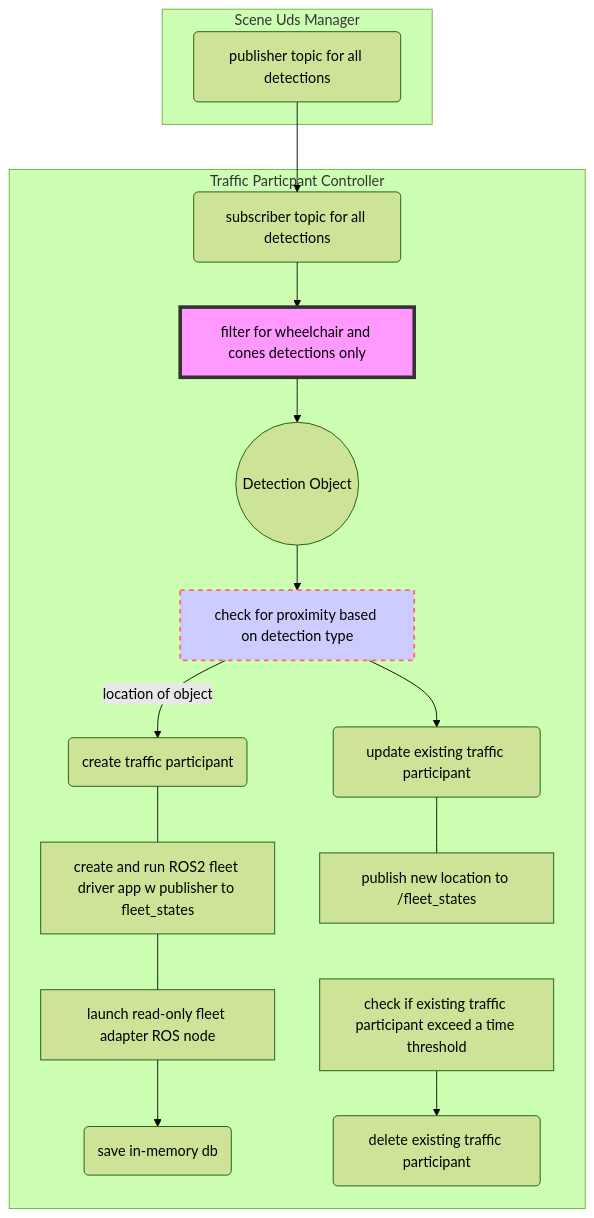
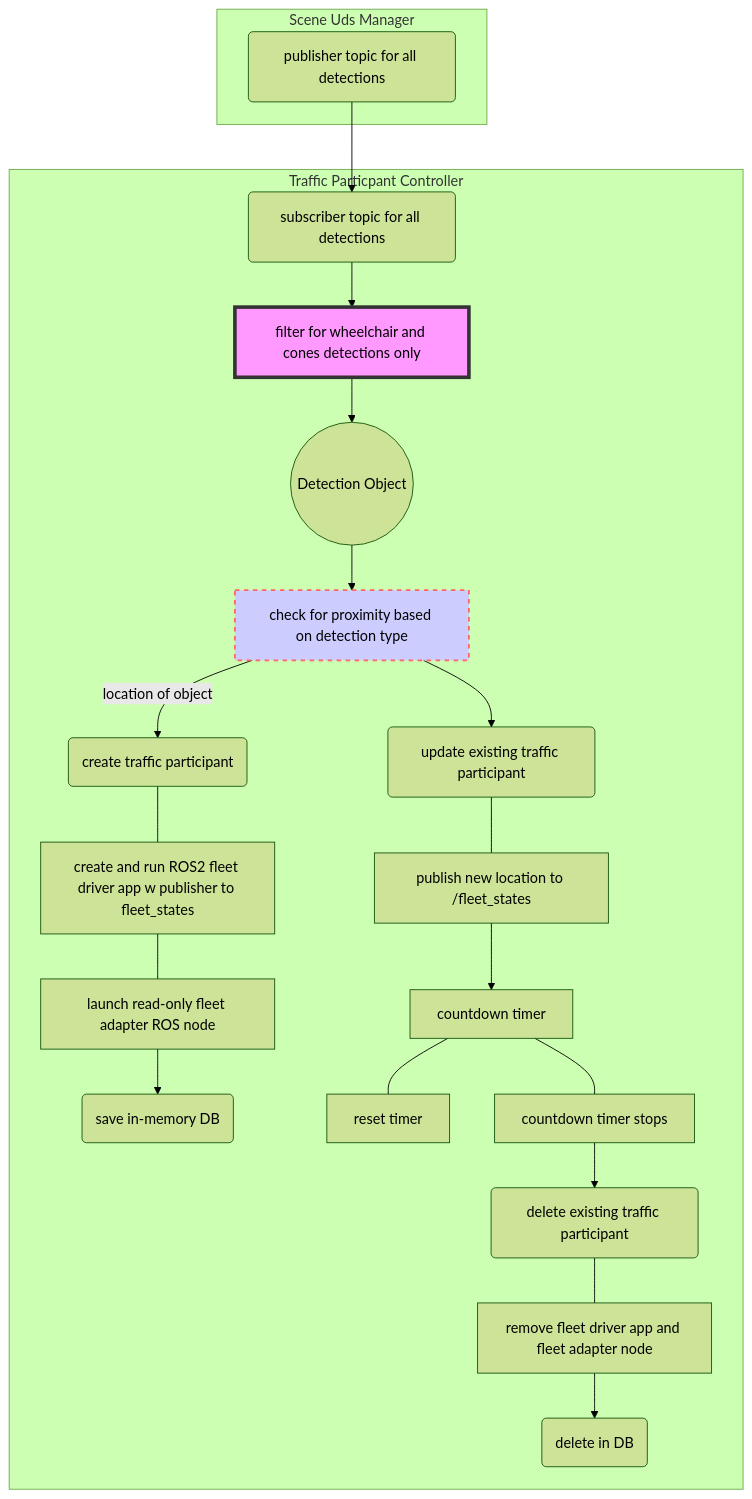
One commit to mxgrey/su_traffic_participant changed the diagram in README.md. Above: the diagram before and after it, drawn with Mermaid (forest theme).

````diff
--- a/README.md
+++ b/README.md
@@ -5,22 +5,24 @@
 ```mermaid
 graph TB
 
   Publisher --> Subscriber
   subgraph "Scene Uds Manager"
   Publisher(publisher topic for all detections)
   end
 
   subgraph "Traffic Particpant Controller"
   Subscriber(subscriber topic for all detections)
   Subscriber --> FindClass[filter for wheelchair and cones detections only] --> Detection((Detection Object))
   Detection --> Proximity[check for proximity based on detection type]
   style FindClass fill:#f9f,stroke:#333,stroke-width:4px
   style Proximity fill:#ccf,stroke:#f66,stroke-width:2px,stroke-dasharray: 5, 5
   Proximity -- location of object --> Create(create traffic participant)
-  Create --- C1[create and run ROS2 fleet driver app w publisher to fleet_states] --- C2[launch read-only fleet adapter ROS node] --> Save(save in-memory db)
+  Create --- C1[create and run ROS2 fleet driver app w publisher to fleet_states] --- C2[launch read-only fleet adapter ROS node] --> Save(save in-memory DB)
   Proximity --> Update(update existing traffic participant) 
-  Update --- U1[publish new location to /fleet_states] 
-  CountdownTimer[check if existing traffic participant exceed a time threshold] --> Delete(delete existing traffic participant)
+  Update --- U1[publish new location to /fleet_states] --> CountdownTimer
+  CountdownTimer[countdown timer] --- TimerReset[reset timer]
+  CountdownTimer --- TimerStop[countdown timer stops] --> Delete(delete existing traffic participant)
+  Delete --- D1[remove fleet driver app and fleet adapter node] --> DB(delete in DB)
 
 end
 ```
````
